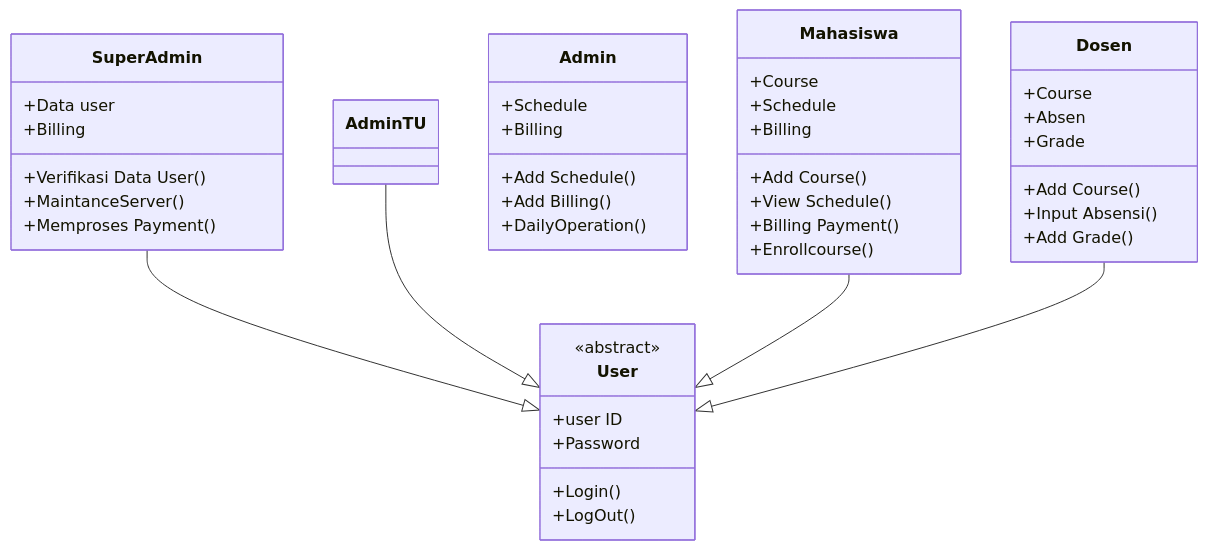
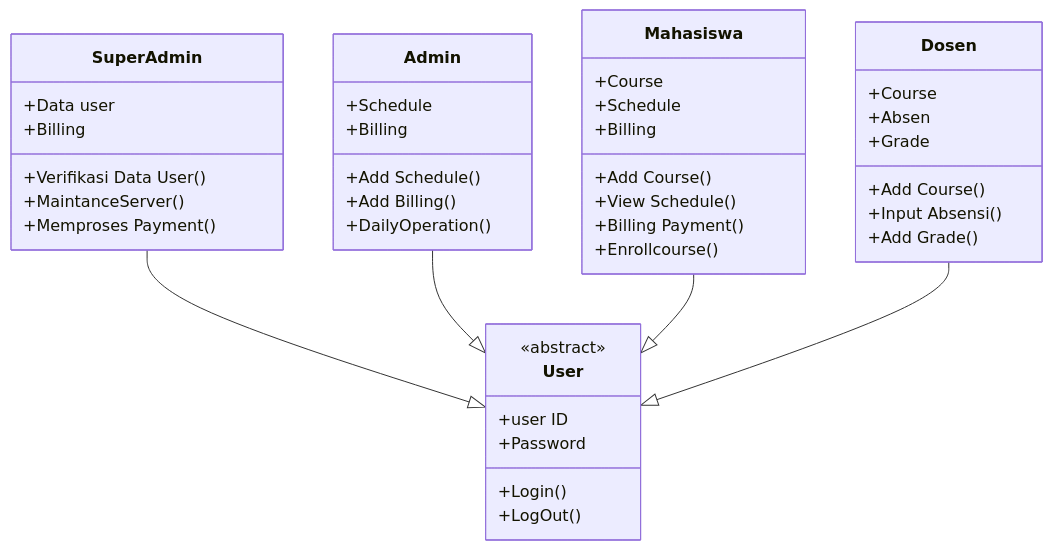
One commit to Kevin-Divra/OOPHW-1-2 changed the diagram in HW#1/README.md. Above: the diagram before and after it, drawn with Mermaid.

Commit message:
adayg sakah tdi

````diff
--- a/HW#1/README.md
+++ b/HW#1/README.md
@@ -78,50 +78,50 @@
 ```mermaid
 classDiagram
     class User {
     <<abstract>>
     +user ID
     +Password
     +Login ()
     +LogOut ()
     }
     
     class Mahasiswa {
     +Course
     +Schedule
     +Billing
     +Add Course()
     +View Schedule()
     +Billing Payment()
     +Enrollcourse()
     }
     
     class Dosen {
     +Course
     +Absen
     +Grade
     +Add Course()
     +Input Absensi()
     +Add Grade()
     }
     
     class Admin{
     +Schedule
     +Billing
     +Add Schedule()
     +Add Billing()
     +DailyOperation()
     }
 
     class SuperAdmin {
     +Data user
     +Billing
     +Verifikasi Data User()
     +MaintanceServer()
     +Memproses Payment()
     }
     
     SuperAdmin --|> User
-    Admin TU --|> User
+    Admin --|> User
     Mahasiswa --|> User
     Dosen --|> User
 ```
````
